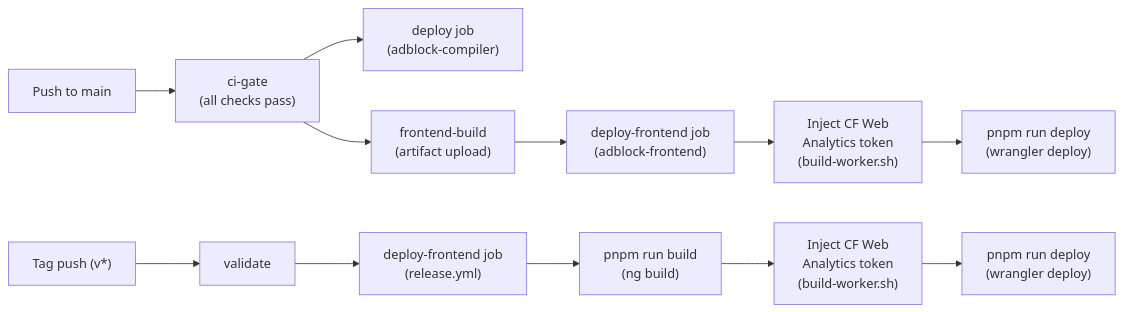
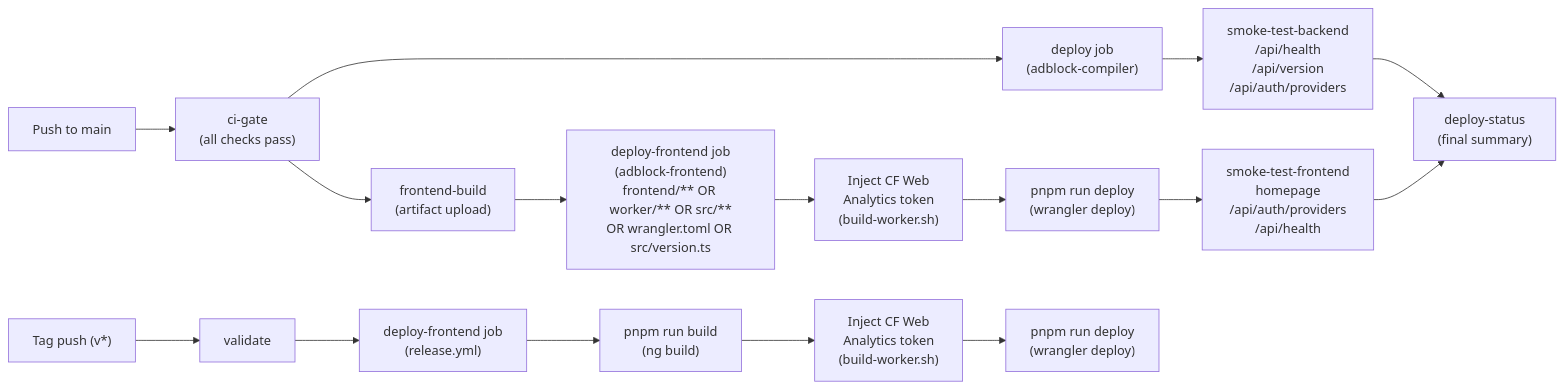
Before and after one commit to jaypatrick/adblock-compiler: the fourth of 4 diagrams in docs/deployment/CLOUDFLARE_WORKERS_ARCHITECTURE.md, drawn with Mermaid. The commit also changed other lines of this file and 3 other files, not shown here.

First line of the commit message:
fix: broaden deploy-frontend trigger, add smoke tests, fix server.ts Worker-hang bug

````diff
--- a/docs/deployment/CLOUDFLARE_WORKERS_ARCHITECTURE.md
+++ b/docs/deployment/CLOUDFLARE_WORKERS_ARCHITECTURE.md
@@ -193,15 +193,19 @@
 ```mermaid
 flowchart LR
     push["Push to main"] --> ci_gate["ci-gate\n(all checks pass)"]
     ci_gate --> deploy_backend["deploy job\n(adblock-compiler)"]
     ci_gate --> frontend_build["frontend-build\n(artifact upload)"]
-    frontend_build --> deploy_frontend["deploy-frontend job\n(adblock-frontend)"]
+    frontend_build --> deploy_frontend["deploy-frontend job\n(adblock-frontend)\nfrontend/** OR worker/** OR src/**\nOR wrangler.toml OR src/version.ts"]
     deploy_frontend --> inject["Inject CF Web\nAnalytics token\n(build-worker.sh)"]
     inject --> wrangler_deploy["pnpm run deploy\n(wrangler deploy)"]
+    deploy_backend --> smoke_backend["smoke-test-backend\n/api/health\n/api/version\n/api/auth/providers"]
+    wrangler_deploy --> smoke_frontend["smoke-test-frontend\nhomepage\n/api/auth/providers\n/api/health"]
+    smoke_backend --> deploy_status["deploy-status\n(final summary)"]
+    smoke_frontend --> deploy_status
 
     tag["Tag push (v*)"] --> validate["validate"]
     validate --> deploy_frontend_rel["deploy-frontend job\n(release.yml)"]
     deploy_frontend_rel --> build_rel["pnpm run build\n(ng build)"]
     build_rel --> inject_rel["Inject CF Web\nAnalytics token\n(build-worker.sh)"]
     inject_rel --> wrangler_rel["pnpm run deploy\n(wrangler deploy)"]
 ```
````
